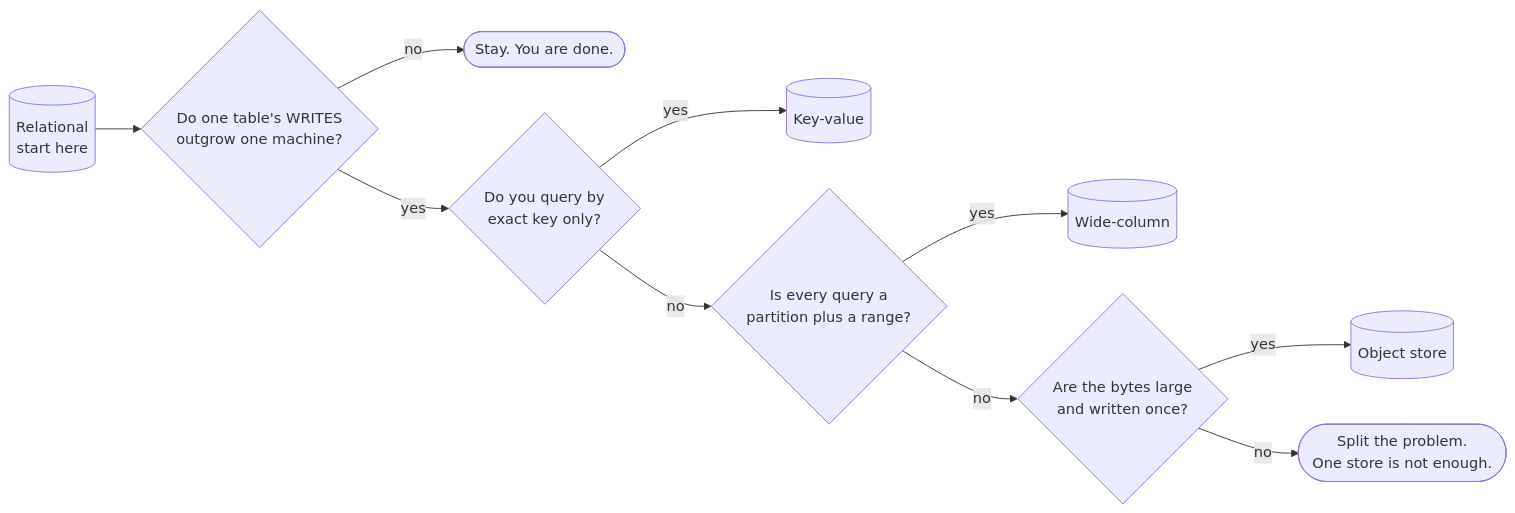
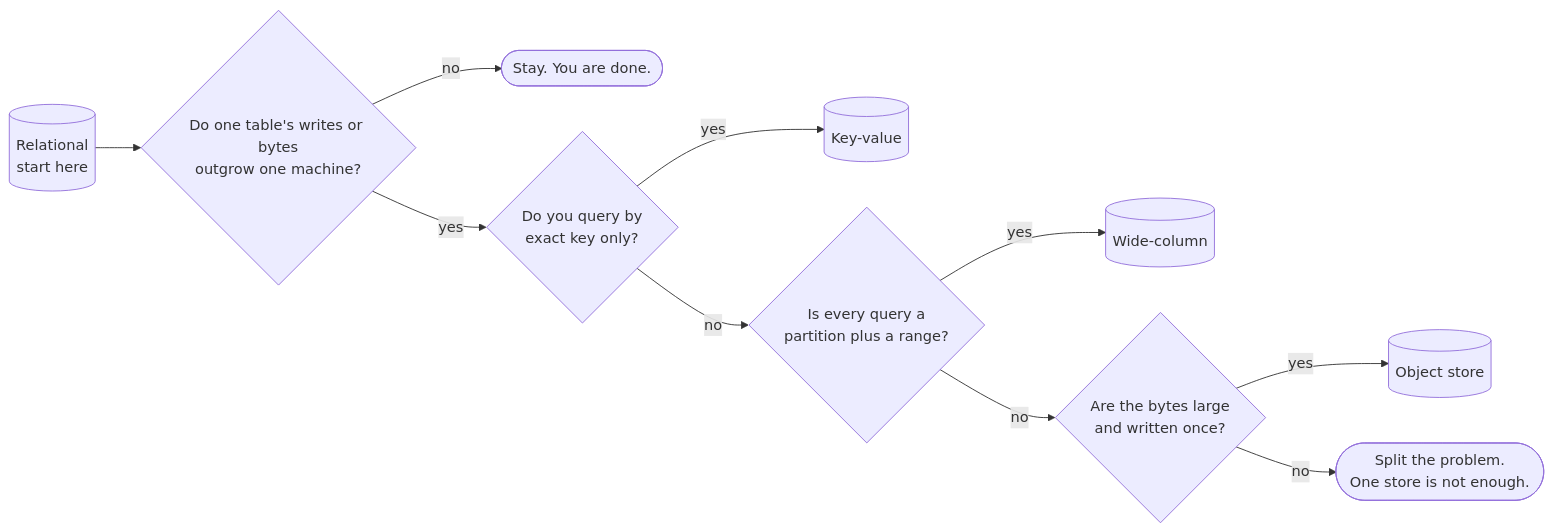
The fifth of 19 diagrams in examples/system-design-foundations.md (Laticent/lattice), drawn with Mermaid before and after one commit. The commit also changed other lines of this file and 1 other file, not shown here.

````diff
--- a/examples/system-design-foundations.md
+++ b/examples/system-design-foundations.md
@@ -844,12 +845,12 @@
 ```mermaid
 flowchart LR
-  REL[("Relational<br/>start here")] --> Q1{"Do one table's WRITES<br/>outgrow one machine?"}
+  REL[("Relational<br/>start here")] --> Q1{"Do one table's writes or bytes<br/>outgrow one machine?"}
   Q1 -->|"no"| STAY(["Stay. You are done."])
   Q1 -->|"yes"| Q2{"Do you query by<br/>exact key only?"}
   Q2 -->|"yes"| KV[("Key-value")]
   Q2 -->|"no"| Q3{"Is every query a<br/>partition plus a range?"}
   Q3 -->|"yes"| WC[("Wide-column")]
   Q3 -->|"no"| Q4{"Are the bytes large<br/>and written once?"}
   Q4 -->|"yes"| OS[("Object store")]
   Q4 -->|"no"| SPLIT(["Split the problem.<br/>One store is not enough."])
 ```
````
